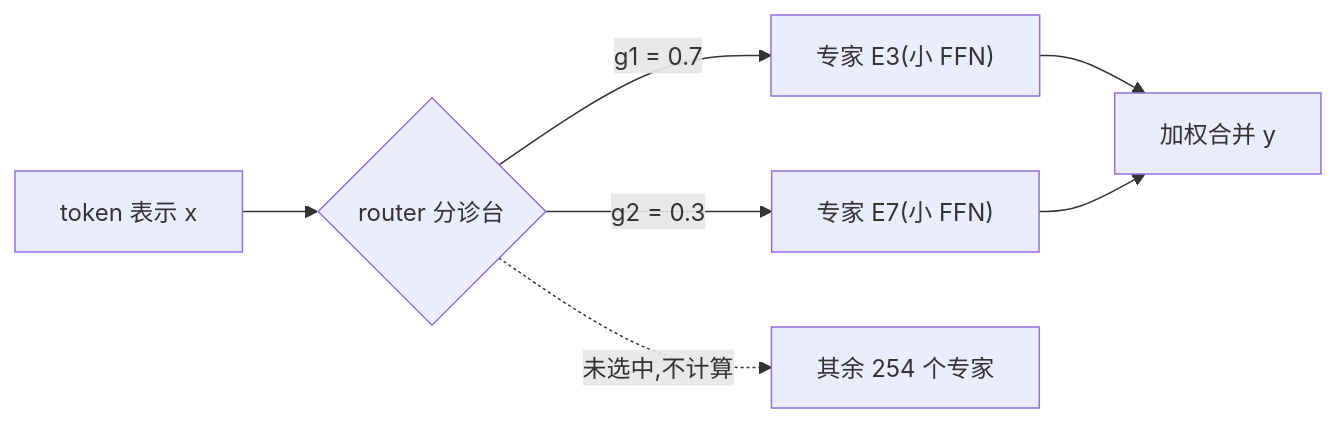
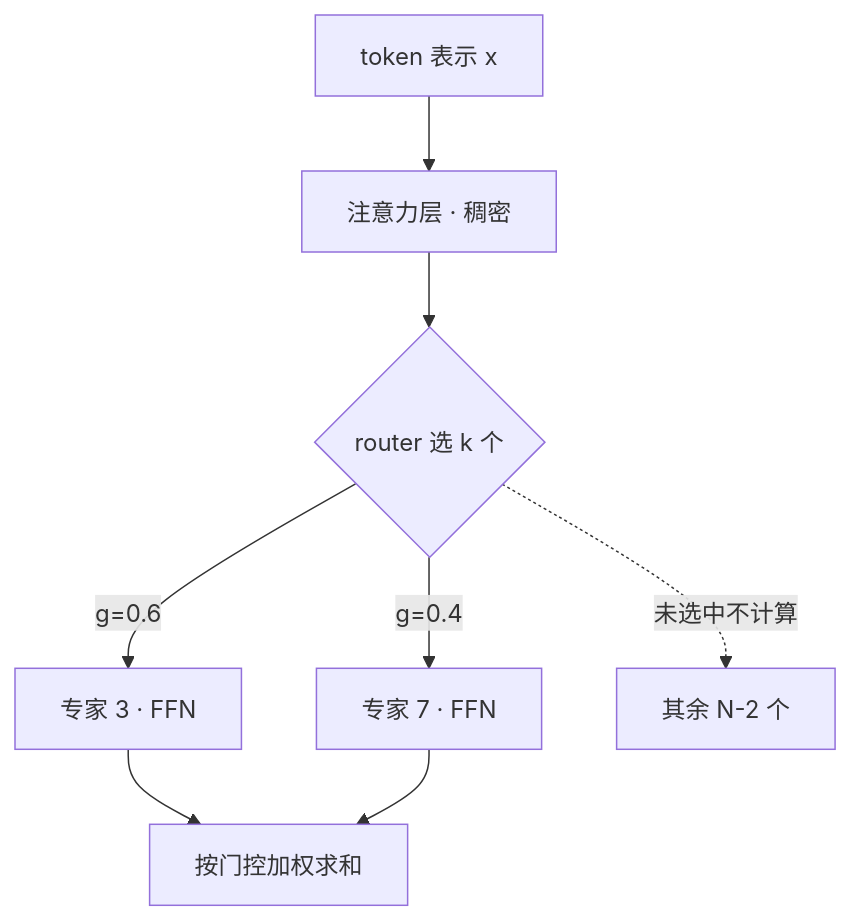
One commit to ChaoyuWang04/MockInterview changed the diagram in knowledge/01-模型结构/MoE基础.md. Above: the diagram before and after it, drawn with Mermaid. The commit also changed other lines of this file and 3 other files, not shown here.

````diff
--- a/knowledge/01-模型结构/MoE基础.md
+++ b/knowledge/01-模型结构/MoE基础.md
@@ -23,9 +23,10 @@
 ```mermaid
-flowchart LR
-    X["token 表示 x"] --> R{"router 分诊台"}
-    R -- "g1 = 0.7" --> E3["专家 E3(小 FFN)"]
-    R -- "g2 = 0.3" --> E7["专家 E7(小 FFN)"]
-    R -. "未选中,不计算" .-> Ex["其余 254 个专家"]
-    E3 --> Y["加权合并 y"]
-    E7 --> Y
+flowchart TD
+    X["token 表示 x"] --> A["注意力层 · 稠密"]
+    A --> R{"router 选 k 个"}
+    R -- "g=0.6" --> E1["专家 3 · FFN"]
+    R -- "g=0.4" --> E2["专家 7 · FFN"]
+    R -. "未选中不计算" .-> E3["其余 N-2 个"]
+    E1 --> Y["按门控加权求和"]
+    E2 --> Y
 ```
````
